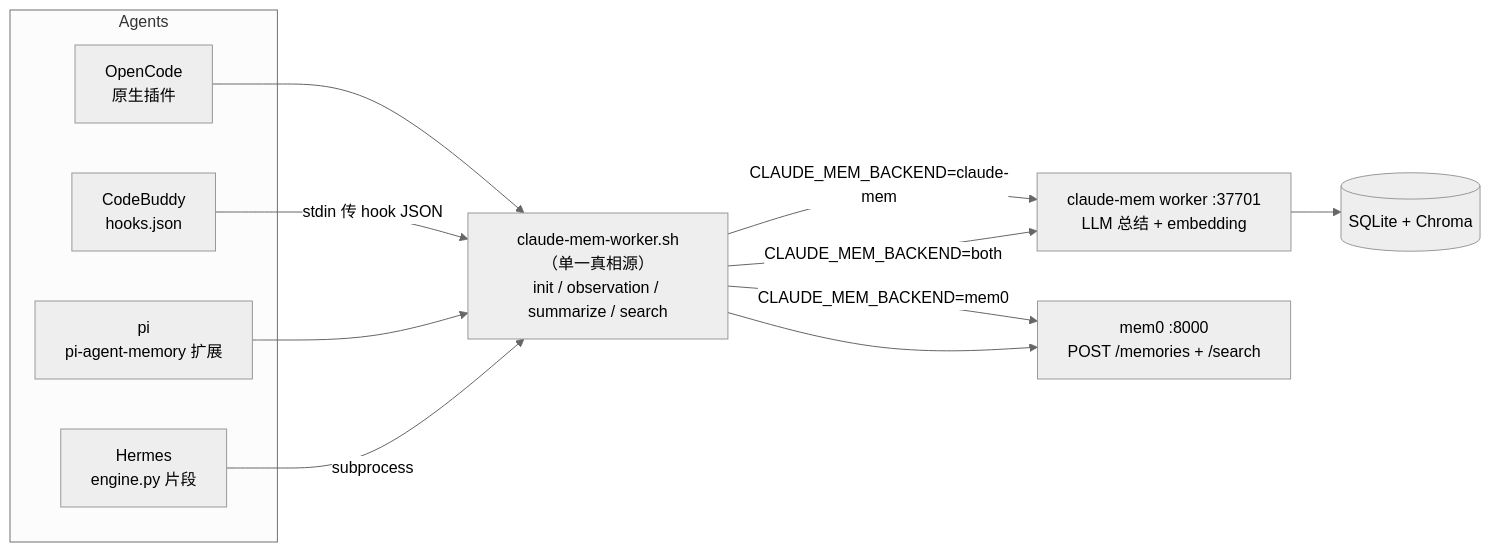
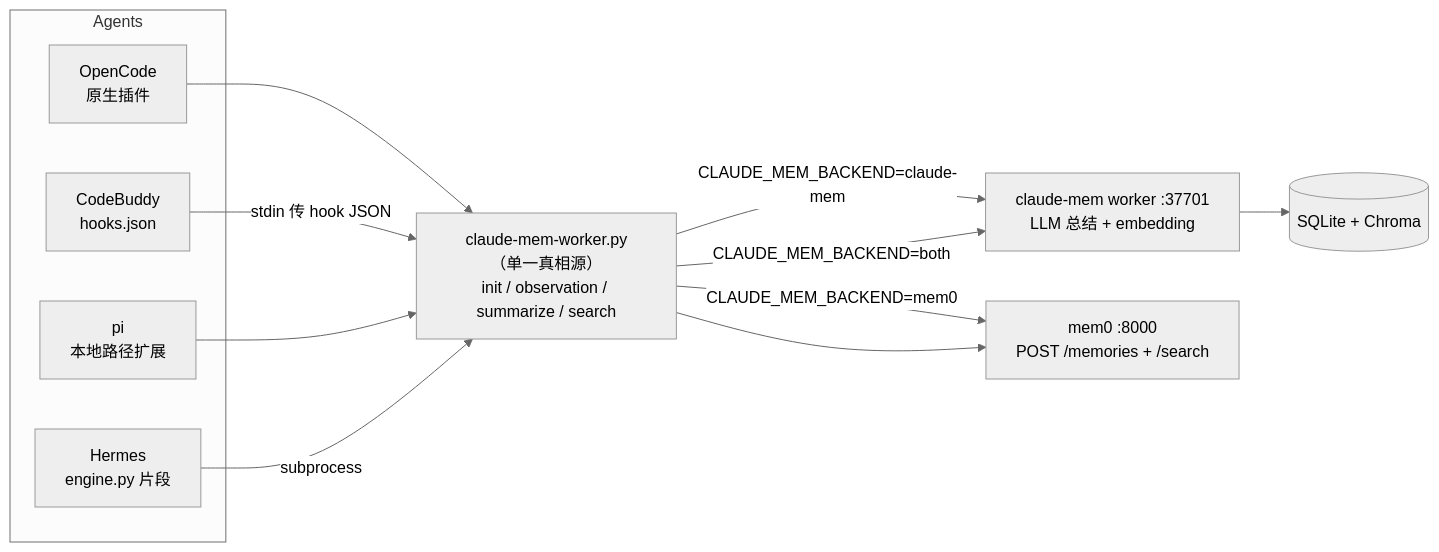
One commit to camplus360/agent-memory-bridge changed the diagram in README.zh-CN.md. Above: the diagram before and after it, drawn with Mermaid (neutral theme). The commit also changed other lines of this file and 30 other files, not shown here.

````diff
--- a/README.zh-CN.md
+++ b/README.zh-CN.md
@@ -34,23 +34,23 @@
 ```mermaid
 flowchart LR
     subgraph Agents
         OC[OpenCode<br/>原生插件]
         CB[CodeBuddy<br/>hooks.json]
-        PI[pi<br/>pi-agent-memory 扩展]
+        PI[pi<br/>本地路径扩展]
         HM[Hermes<br/>engine.py 片段]
     end
 
     OC --> W
     CB -->|stdin 传 hook JSON| W
     PI --> W
     HM -->|subprocess| W
 
-    W["claude-mem-worker.sh<br/>（单一真相源）<br/>init / observation / summarize / search"]
+    W["claude-mem-worker.py<br/>（单一真相源）<br/>init / observation / summarize / search"]
 
     W -->|CLAUDE_MEM_BACKEND=claude-mem| CM["claude-mem worker :37701<br/>LLM 总结 + embedding"]
     W -->|CLAUDE_MEM_BACKEND=mem0| M0["mem0 :8000<br/>POST /memories + /search"]
     W -->|CLAUDE_MEM_BACKEND=both| CM
     W --> M0
 
     CM --> DB[("SQLite + Chroma")]
 ```
````
